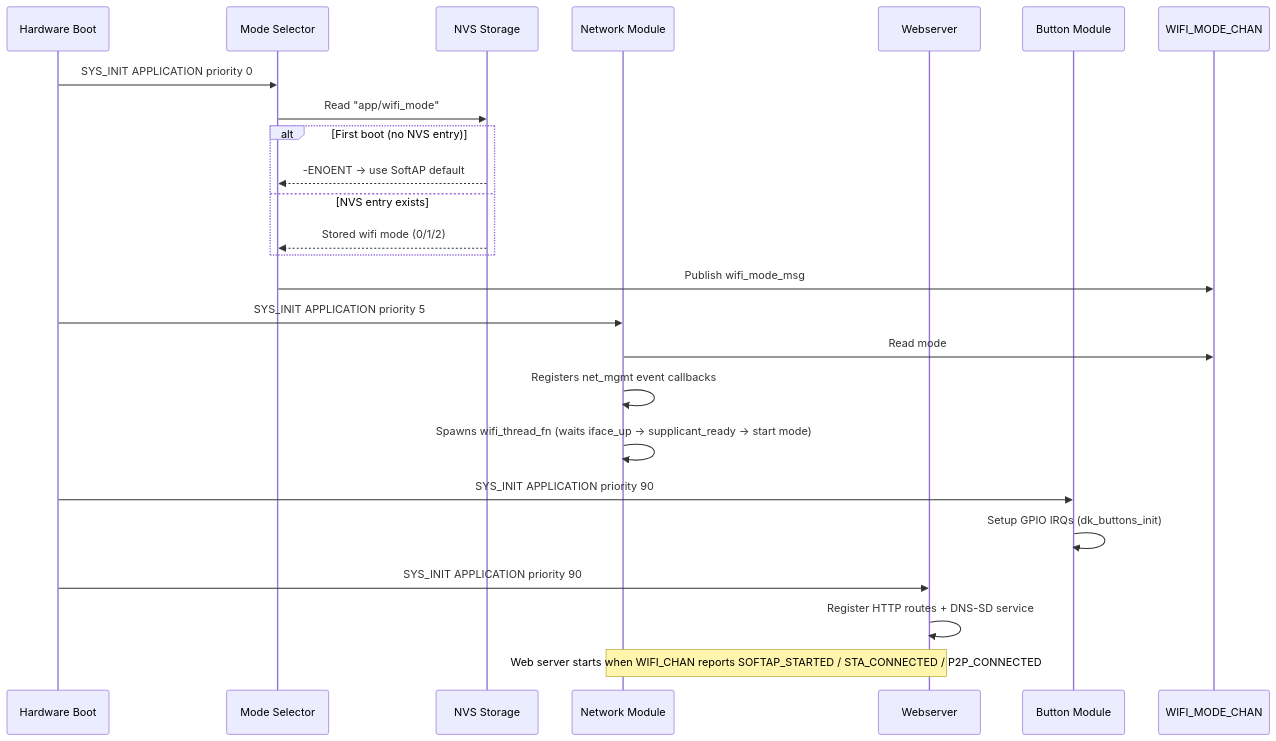
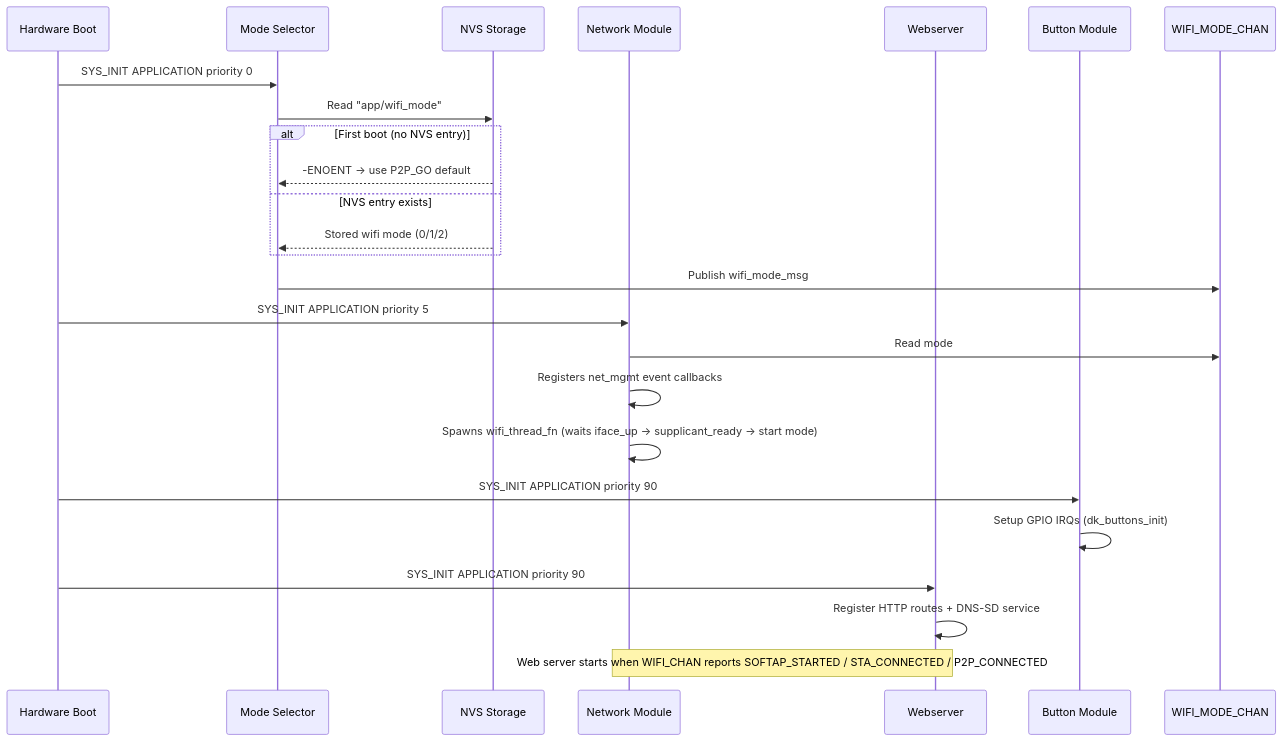
Before and after one commit to chshzh/nordic-wifi-webdash: the diagram in docs/specs/architecture.md, drawn with Mermaid. The commit also changed other lines of this file and 8 other files, not shown here.

````diff
--- a/docs/specs/architecture.md
+++ b/docs/specs/architecture.md
@@ -189,31 +211,31 @@
 ```mermaid
 sequenceDiagram
     participant HW as Hardware Boot
     participant ModeSel as Mode Selector
     participant NVS as NVS Storage
     participant Net as Network Module
     participant Web as Webserver
     participant Btn as Button Module
 
     HW->>ModeSel: SYS_INIT APPLICATION priority 0
     ModeSel->>NVS: Read "app/wifi_mode"
     alt First boot (no NVS entry)
-        NVS-->>ModeSel: -ENOENT → use SoftAP default
+        NVS-->>ModeSel: -ENOENT → use P2P_GO default
     else NVS entry exists
         NVS-->>ModeSel: Stored wifi mode (0/1/2)
     end
 
     ModeSel->>WIFI_MODE_CHAN: Publish wifi_mode_msg
 
     HW->>Net: SYS_INIT APPLICATION priority 5
     Net->>WIFI_MODE_CHAN: Read mode
     Net->>Net: Registers net_mgmt event callbacks
     Net->>Net: Spawns wifi_thread_fn (waits iface_up → supplicant_ready → start mode)
 
     HW->>Btn: SYS_INIT APPLICATION priority 90
     Btn->>Btn: Setup GPIO IRQs (dk_buttons_init)
 
     HW->>Web: SYS_INIT APPLICATION priority 90
     Web->>Web: Register HTTP routes + DNS-SD service
     Note over Net,Web: Web server starts when WIFI_CHAN reports SOFTAP_STARTED / STA_CONNECTED / P2P_CONNECTED
 ```
````
